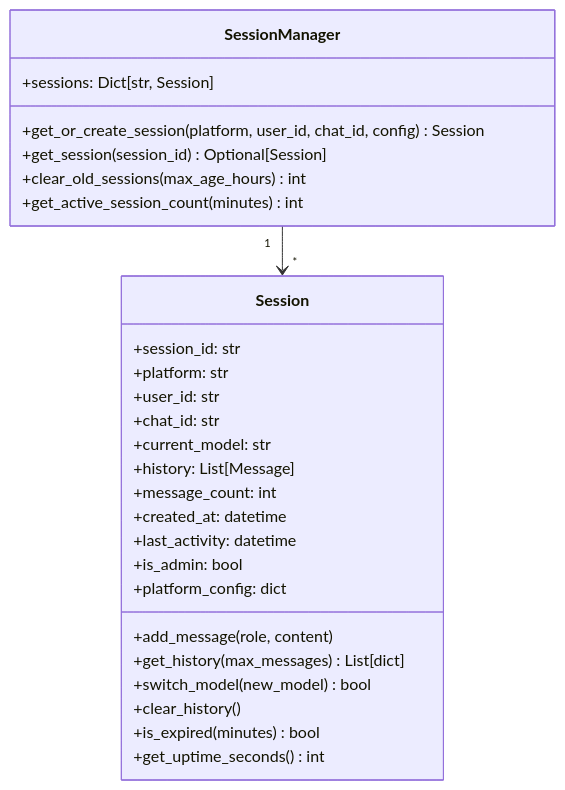
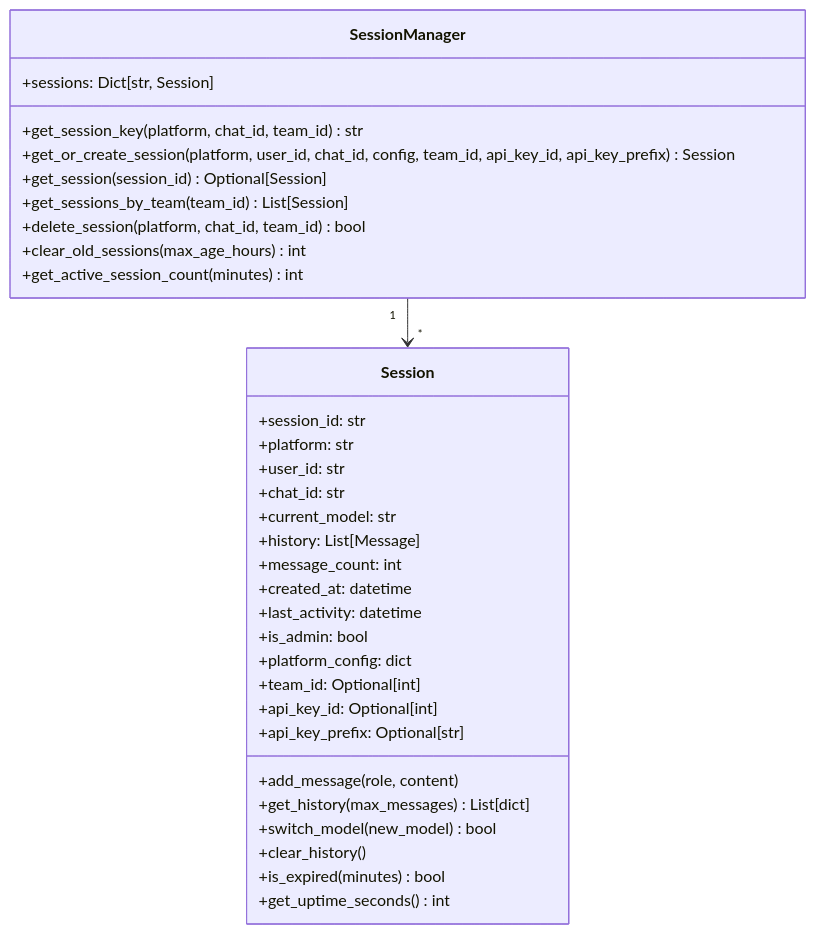
Before and after one commit to NeoHosseinism/Arash-Bot: diagram 12 of 20 in ARCHITECTURE.md, drawn with Mermaid. The commit also changed other lines of this file and 4 other files, not shown here.

````diff
--- a/ARCHITECTURE.md
+++ b/ARCHITECTURE.md
@@ -610,32 +611,38 @@
 ```mermaid
 classDiagram
     class SessionManager {
         +sessions: Dict[str, Session]
-        +get_or_create_session(platform, user_id, chat_id, config) Session
+        +get_session_key(platform, chat_id, team_id) str
+        +get_or_create_session(platform, user_id, chat_id, config, team_id, api_key_id, api_key_prefix) Session
         +get_session(session_id) Optional[Session]
+        +get_sessions_by_team(team_id) List[Session]
+        +delete_session(platform, chat_id, team_id) bool
         +clear_old_sessions(max_age_hours) int
         +get_active_session_count(minutes) int
     }
 
     class Session {
         +session_id: str
         +platform: str
         +user_id: str
         +chat_id: str
         +current_model: str
         +history: List[Message]
         +message_count: int
         +created_at: datetime
         +last_activity: datetime
         +is_admin: bool
         +platform_config: dict
+        +team_id: Optional[int]
+        +api_key_id: Optional[int]
+        +api_key_prefix: Optional[str]
         +add_message(role, content)
         +get_history(max_messages) List[dict]
         +switch_model(new_model) bool
         +clear_history()
         +is_expired(minutes) bool
         +get_uptime_seconds() int
     }
 
     SessionManager "1" --> "*" Session
 ```
````
